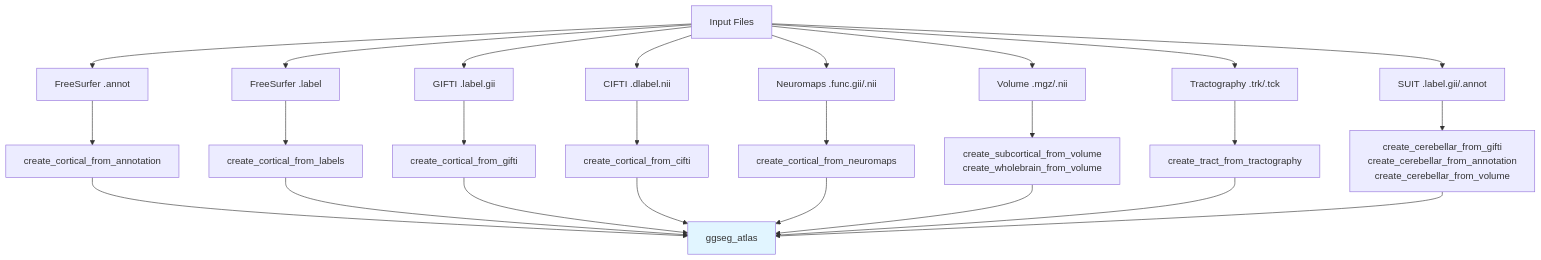
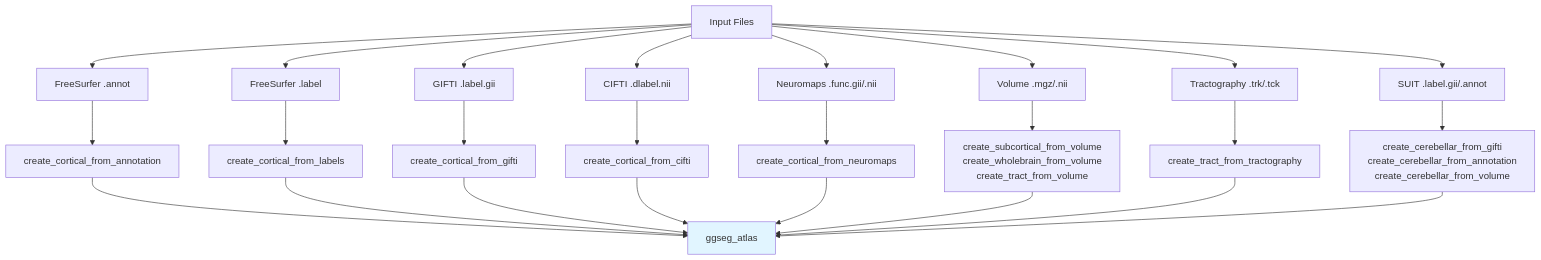
Before and after one commit to ggsegverse/ggseg.extra: the first of 6 diagrams in articles/atlas-workflows.md, drawn with Mermaid. The commit also changed other lines of this file and 88 other files, not shown here.

````diff
--- a/articles/atlas-workflows.md
+++ b/articles/atlas-workflows.md
@@ -24,31 +15,31 @@
 ``` mermaid
 flowchart TB
     A[Input Files] --> B[FreeSurfer .annot]
     A --> C[FreeSurfer .label]
     A --> D[GIFTI .label.gii]
     A --> E[CIFTI .dlabel.nii]
     A --> F[Neuromaps .func.gii/.nii]
     A --> G[Volume .mgz/.nii]
     A --> H[Tractography .trk/.tck]
     A --> J[SUIT .label.gii/.annot]
 
     B --> B1[create_cortical_from_annotation]
     C --> C1[create_cortical_from_labels]
     D --> D1[create_cortical_from_gifti]
     E --> E1[create_cortical_from_cifti]
     F --> F1[create_cortical_from_neuromaps]
-    G --> G1[create_subcortical_from_volume<br/>create_wholebrain_from_volume]
+    G --> G1[create_subcortical_from_volume<br/>create_wholebrain_from_volume<br/>create_tract_from_volume]
     H --> H1[create_tract_from_tractography]
     J --> J1[create_cerebellar_from_gifti<br/>create_cerebellar_from_annotation<br/>create_cerebellar_from_volume]
 
     B1 --> I[ggseg_atlas]
     C1 --> I
     D1 --> I
     E1 --> I
     F1 --> I
     G1 --> I
     H1 --> I
     J1 --> I
 
     style I fill:#e1f5ff
 ```
````
